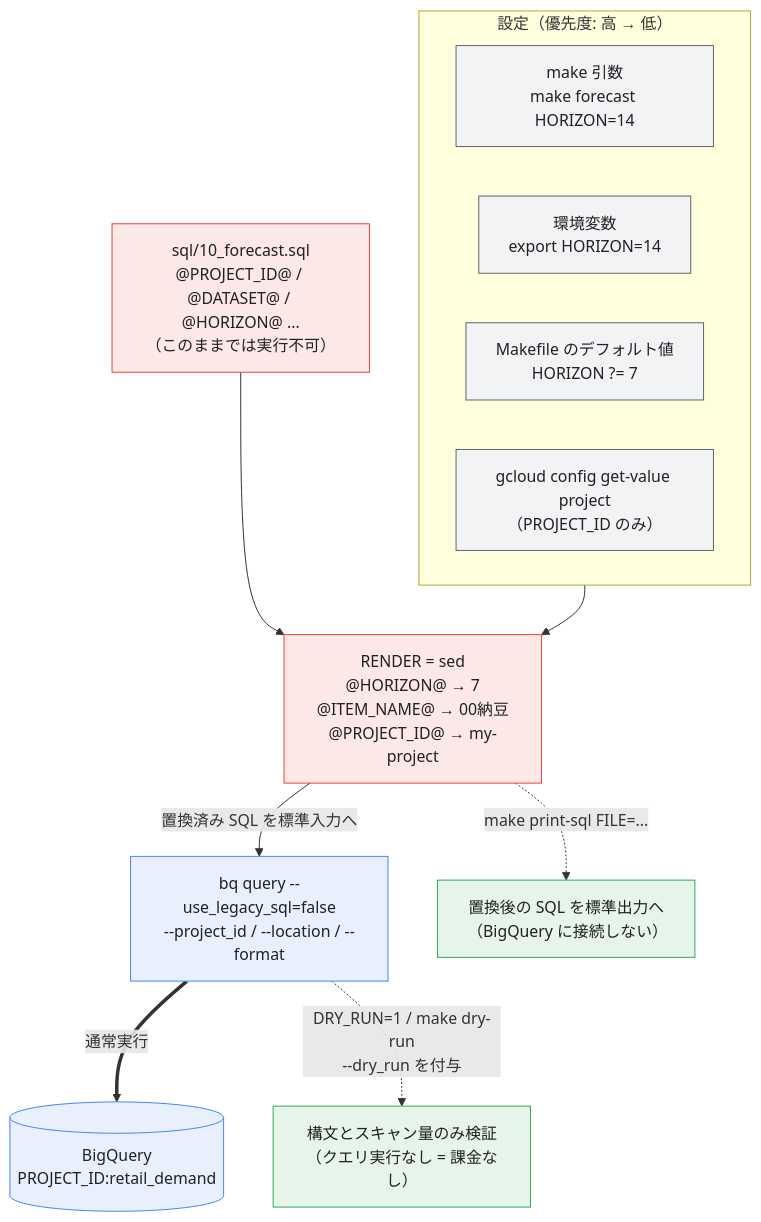
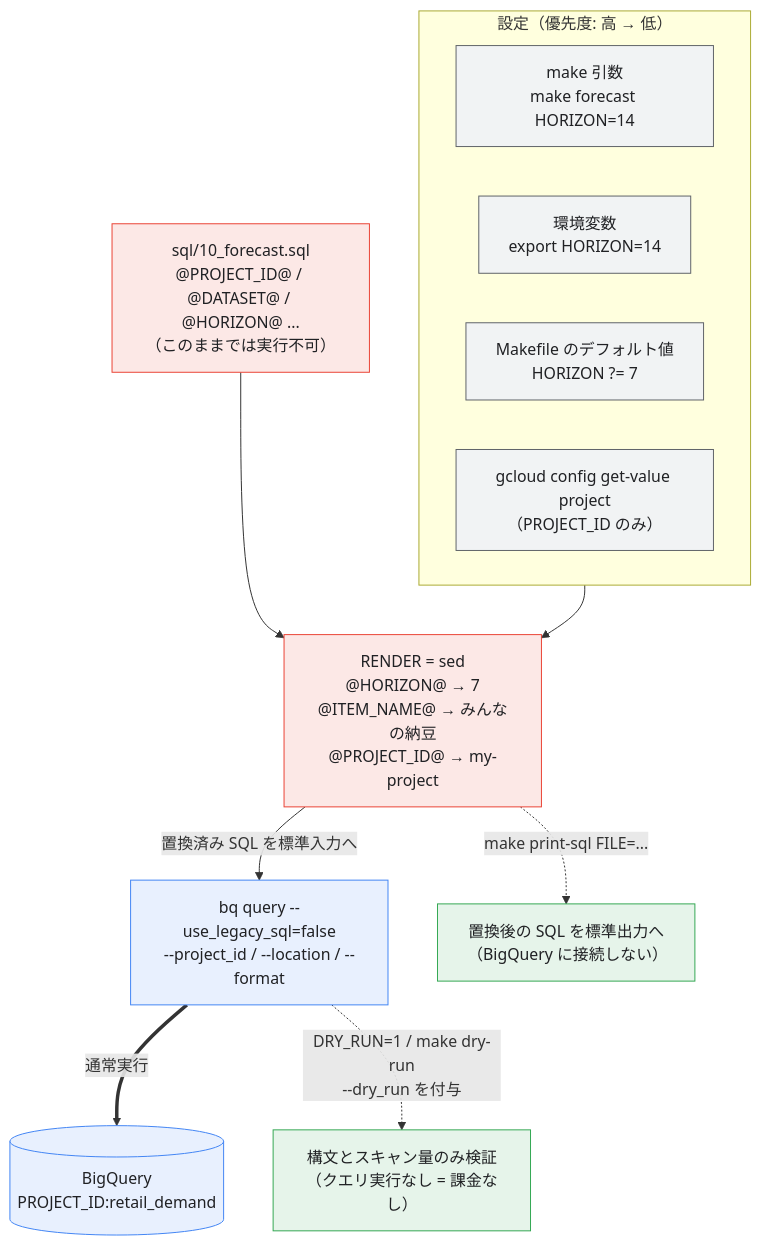
The fifth of 6 diagrams in README.md (shin5ok/bq-forecast-timesfm), drawn with Mermaid before and after one commit. The commit also changed other lines of this file and 8 other files, not shown here.

First line of the commit message:
Rename 00納豆 to みんなの納豆 and decouple backtest window from HORIZON

````diff
--- a/README.md
+++ b/README.md
@@ -591,30 +628,30 @@
 ```mermaid
 flowchart TD
     subgraph CFG["設定（優先度: 高 → 低）"]
         A1["make 引数<br/>make forecast HORIZON=14"]
         A2["環境変数<br/>export HORIZON=14"]
         A3["Makefile のデフォルト値<br/>HORIZON ?= 7"]
         A4["gcloud config get-value project<br/>（PROJECT_ID のみ）"]
     end
 
     CFG --> RENDER
     TPL["sql/10_forecast.sql<br/>@PROJECT_ID@ / @DATASET@ / @HORIZON@ ...<br/>（このままでは実行不可）"] --> RENDER
 
-    RENDER["RENDER = sed<br/>@HORIZON@ → 7<br/>@ITEM_NAME@ → 00納豆<br/>@PROJECT_ID@ → my-project"]
+    RENDER["RENDER = sed<br/>@HORIZON@ → 7<br/>@ITEM_NAME@ → みんなの納豆<br/>@PROJECT_ID@ → my-project"]
     RENDER -->|"置換済み SQL を標準入力へ"| BQ
 
     BQ["bq query --use_legacy_sql=false<br/>--project_id / --location / --format"]
     BQ ==>|"通常実行"| GBQ[("BigQuery<br/>PROJECT_ID:retail_demand")]
     BQ -.->|"DRY_RUN=1 / make dry-run<br/>--dry_run を付与"| CHK["構文とスキャン量のみ検証<br/>（クエリ実行なし = 課金なし）"]
 
     RENDER -.->|"make print-sql FILE=..."| PS["置換後の SQL を標準出力へ<br/>（BigQuery に接続しない）"]
 
     classDef cfg fill:#f1f3f4,stroke:#5f6368,color:#202124
     classDef tpl fill:#fce8e6,stroke:#ea4335,color:#202124
     classDef gbq fill:#e8f0fe,stroke:#4285f4,color:#202124
     classDef safe fill:#e6f4ea,stroke:#34a853,color:#202124
     class A1,A2,A3,A4 cfg
     class TPL,RENDER tpl
     class GBQ,BQ gbq
     class CHK,PS safe
 ```
````
